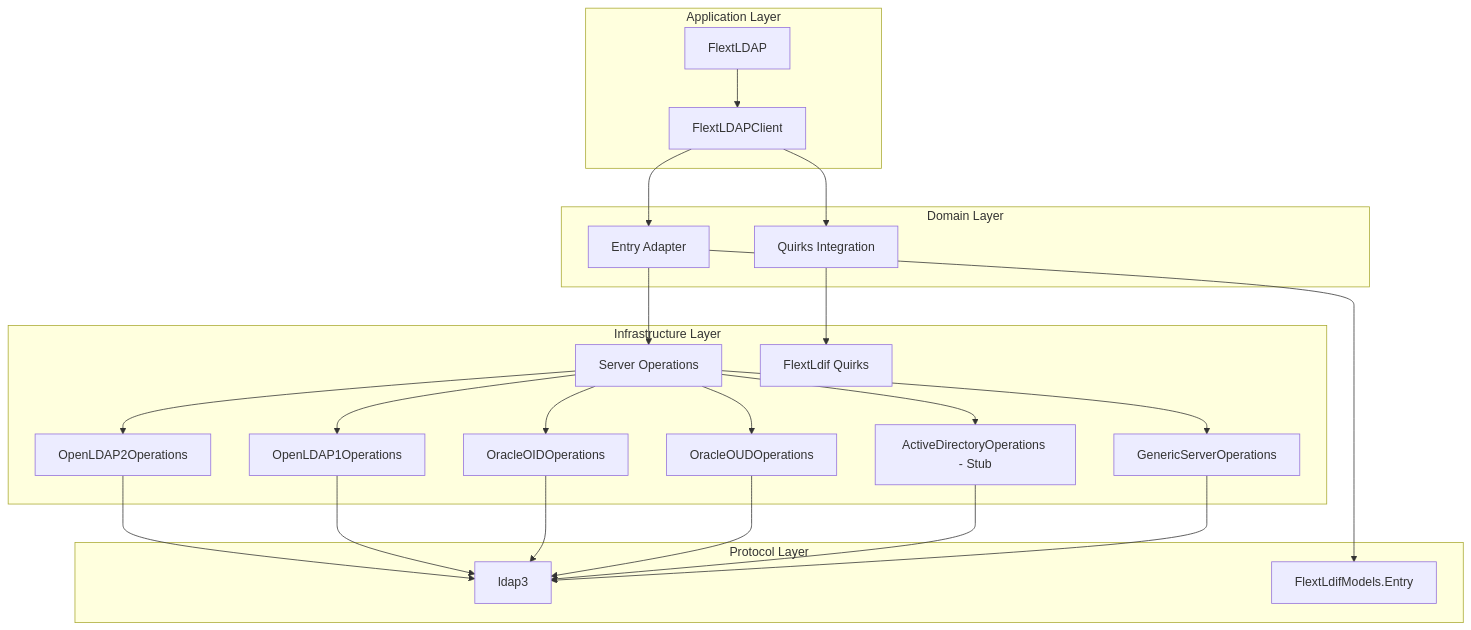
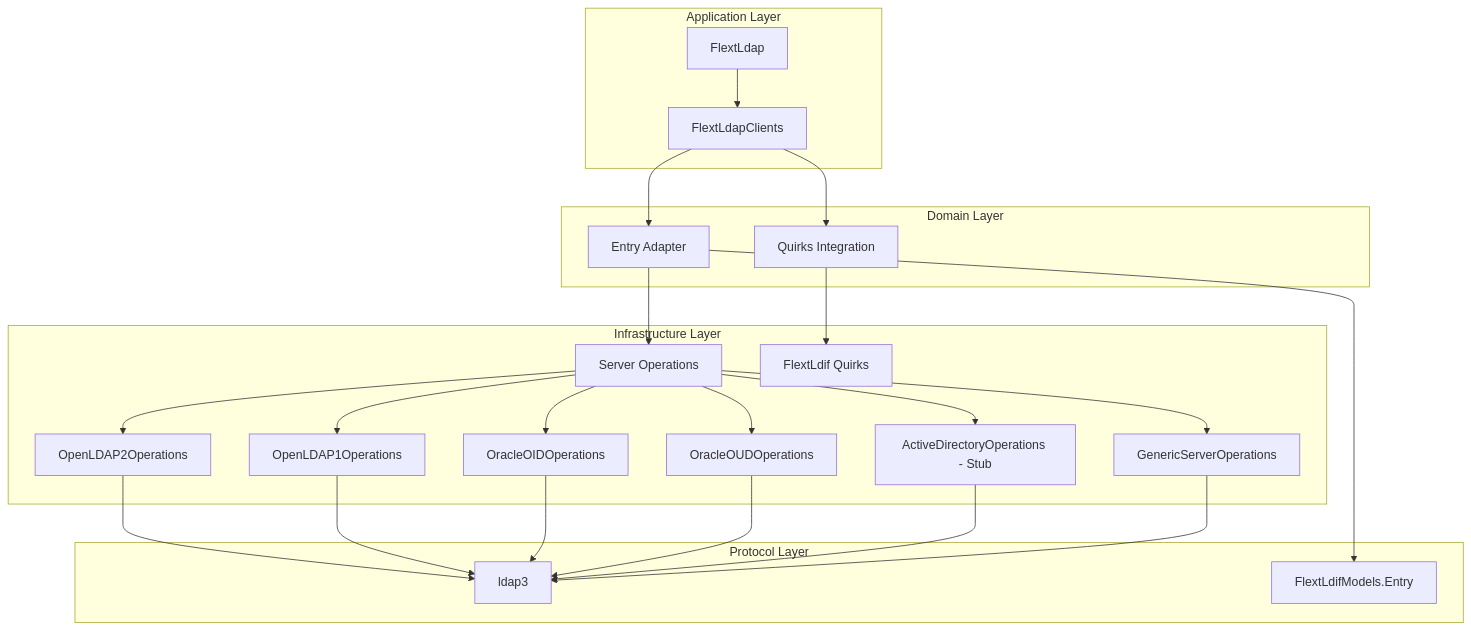
One commit to flext-sh/flext-ldap changed the diagram in README.md. Above: the diagram before and after it, drawn with Mermaid. The commit also changed other lines of this file and 117 other files, not shown here.

````diff
--- a/README.md
+++ b/README.md
@@ -68,32 +68,32 @@
 ```mermaid
 graph TB
     subgraph "Application Layer"
-        A[FlextLDAP] --> B[FlextLDAPClient]
+        A[FlextLdap] --> B[FlextLdapClients]
     end
 
     subgraph "Domain Layer"
         B --> C[Entry Adapter]
         B --> D[Quirks Integration]
     end
 
     subgraph "Infrastructure Layer"
         C --> E[Server Operations]
         D --> F[FlextLdif Quirks]
         E --> G[OpenLDAP2Operations]
         E --> H[OpenLDAP1Operations]
         E --> I[OracleOIDOperations]
         E --> J[OracleOUDOperations]
         E --> K[ActiveDirectoryOperations - Stub]
         E --> L[GenericServerOperations]
     end
 
     subgraph "Protocol Layer"
         G --> M[ldap3]
         H --> M
         I --> M
         J --> M
         K --> M
         L --> M
         C --> N[FlextLdifModels.Entry]
     end
 ```
````
